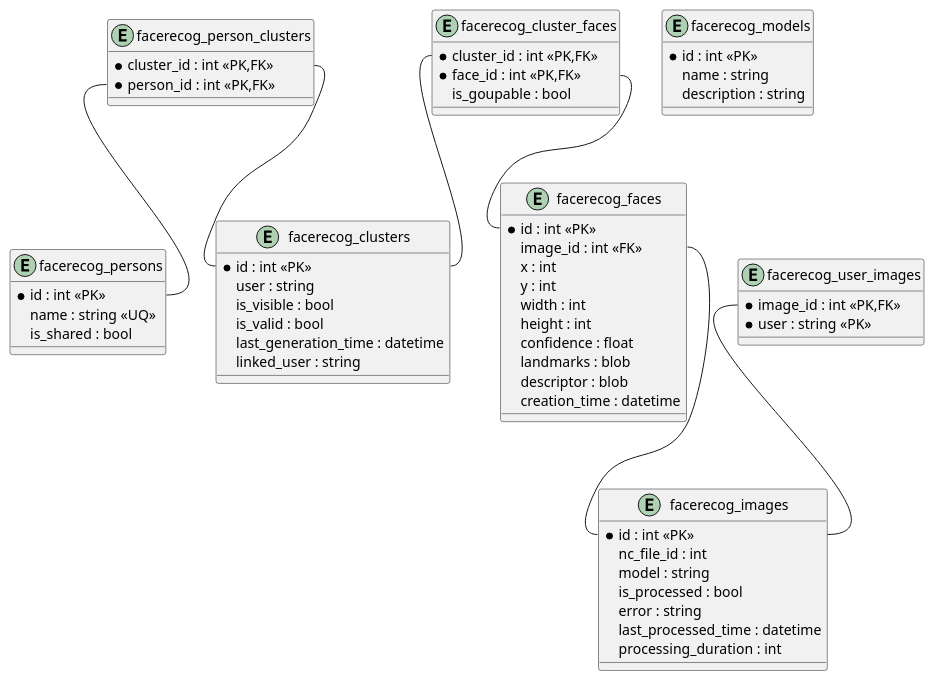
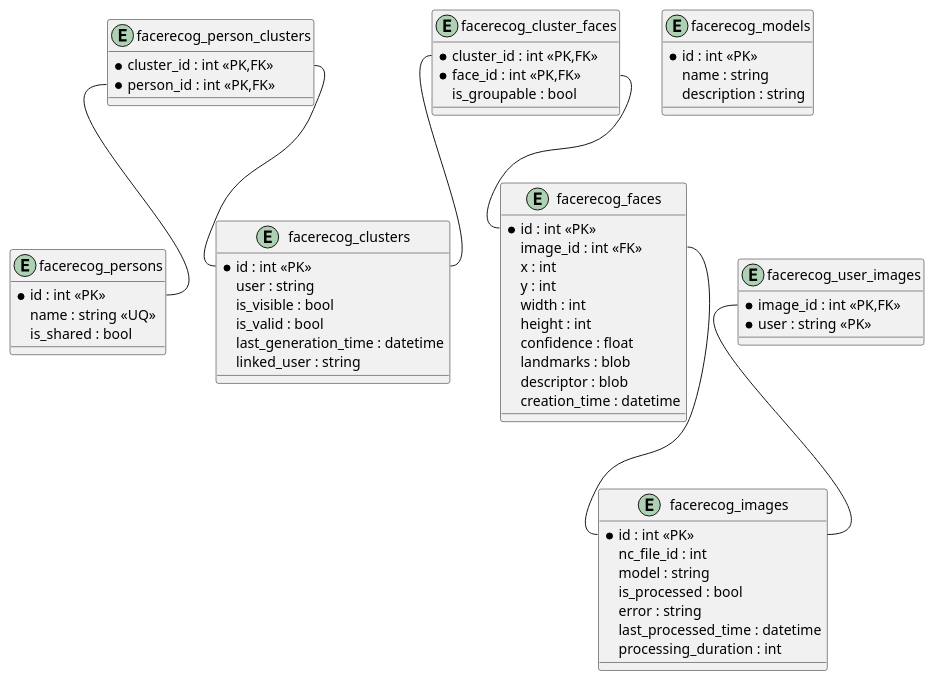
One commit to mate1213/facerecognition changed the diagram in ERD-schema.puml. Above: the diagram before and after it, drawn with PlantUML. The commit also changed 2 other files, not shown here.

Commit message:
Update groupable coulumn name

```diff
--- a/ERD-schema.puml
+++ b/ERD-schema.puml
@@ -1,70 +1,70 @@
 @startuml
 
 entity facerecog_clusters {
   *id : int <<PK>>
   user : string
   is_visible : bool
   is_valid : bool
   last_generation_time : datetime
   linked_user : string
 }
 
 entity facerecog_persons {
   *id : int <<PK>>
   name : string <<UQ>>
   is_shared : bool
 }
 
 entity facerecog_person_clusters {
   *cluster_id : int <<PK,FK>>
   *person_id : int <<PK,FK>>
 }
 
 entity facerecog_images {
   *id : int <<PK>>
   nc_file_id : int
   model : string
   is_processed : bool
   error : string
   last_processed_time : datetime
   processing_duration : int
 }
 
 entity facerecog_user_images {
   *image_id : int <<PK,FK>>
   *user : string <<PK>>
 }
 
 entity facerecog_faces {
   *id : int <<PK>>
   image_id : int <<FK>>
   x : int
   y : int
   width : int
   height : int
   confidence : float
   landmarks : blob
   descriptor : blob
   creation_time : datetime
 }
 
 entity facerecog_cluster_faces {
   *cluster_id : int <<PK,FK>>
   *face_id : int <<PK,FK>>
-  is_goupable : bool
+  is_groupable : bool
 }
 
 entity facerecog_models {
   *id : int <<PK>>
   name : string
   description : string
 }
 
 facerecog_person_clusters::cluster_id -- facerecog_clusters::id
 facerecog_person_clusters::person_id -- facerecog_persons::id
 facerecog_user_images::image_id -- facerecog_images::id
 facerecog_faces::image_id -- facerecog_images::id
 facerecog_cluster_faces::cluster_id -- facerecog_clusters::id
 facerecog_cluster_faces::face_id -- facerecog_faces::id
 
 @enduml
```
